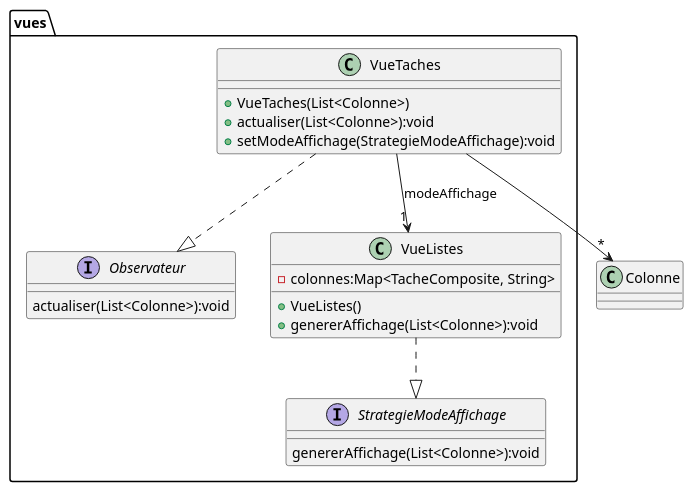
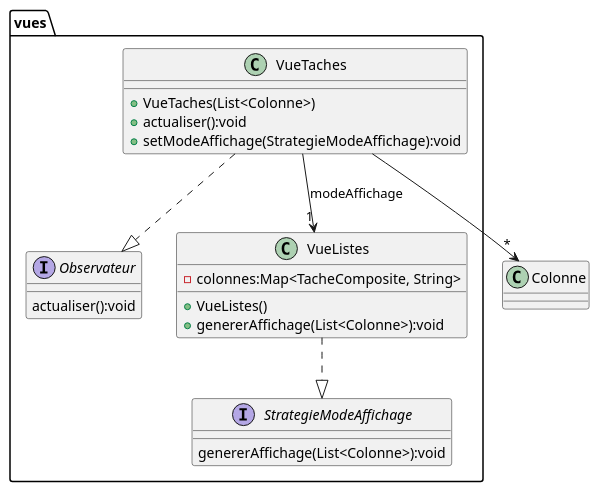
The diagram in Ollert_QDEV/diagrammes/DiagrammClassVueListe.puml (AlexanderCARNET/SAE_3_01_dev_application), drawn with PlantUML before and after one commit. The commit also changed 3 other files, not shown here.

```diff
--- a/Ollert_QDEV/diagrammes/DiagrammClassVueListe.puml
+++ b/Ollert_QDEV/diagrammes/DiagrammClassVueListe.puml
@@ -1,34 +1,34 @@
 @startuml
 
 package vues{
     interface StrategieModeAffichage{
         genererAffichage(List<Colonne>):void
     }
 
     interface Observateur{
-        actualiser(List<Colonne>):void
+        actualiser():void
     }
 
     class VueListes{
         - colonnes:Map<TacheComposite, String>
 
         + VueListes()
         + genererAffichage(List<Colonne>):void
     }
 
     class VueTaches{
         + VueTaches(List<Colonne>)
-        + actualiser(List<Colonne>):void
+        + actualiser():void
         + setModeAffichage(StrategieModeAffichage):void
     }
 }
 
 class Colonne{}
 
 VueListes ..|> StrategieModeAffichage
 VueTaches ..|> Observateur
 
 VueTaches --> "1" VueListes:modeAffichage
 VueTaches --> "*" Colonne
 
 @enduml
```
